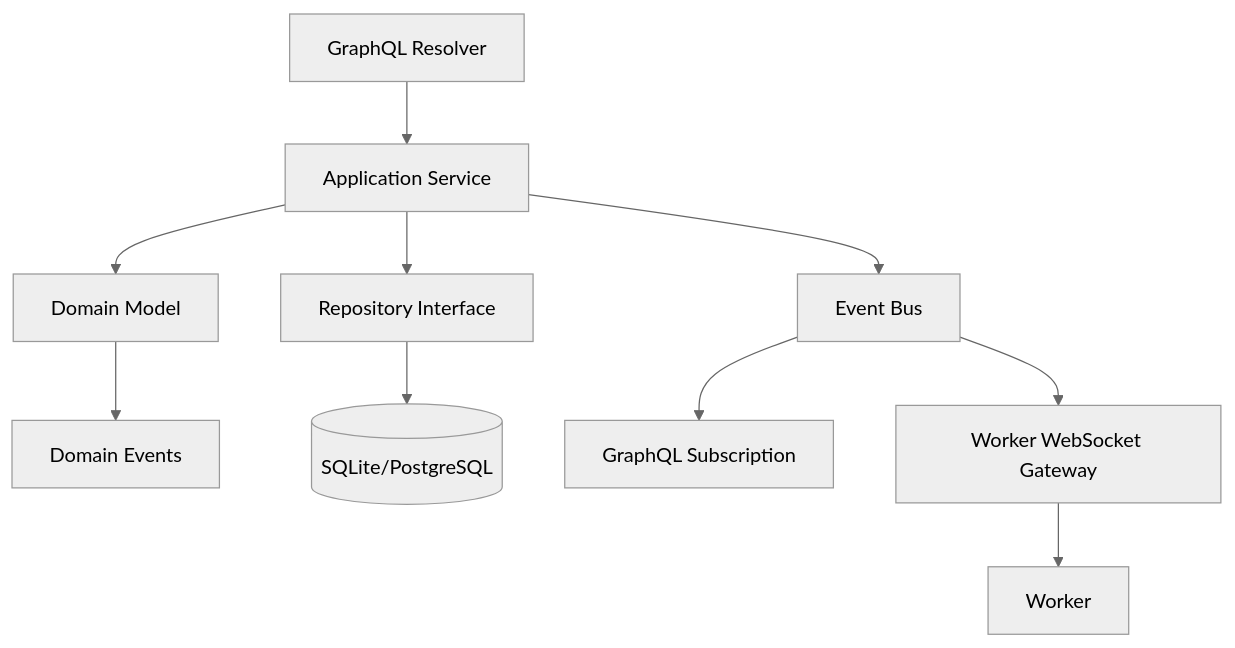
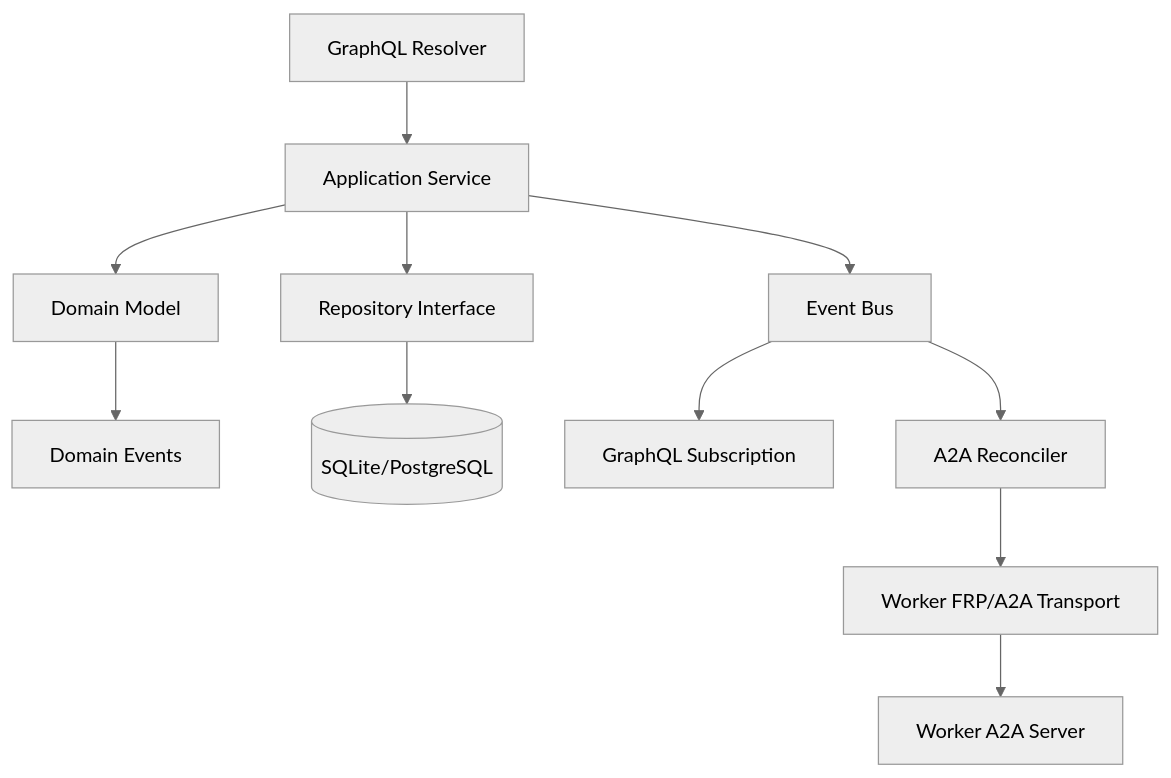
Before and after one commit to tangxusc/block-play-table: the fifth of 7 diagrams in docs/system-design.md, drawn with Mermaid (neutral theme). The commit also changed other lines of this file and 214 other files, not shown here.

````diff
--- a/docs/system-design.md
+++ b/docs/system-design.md
@@ -872,12 +872,13 @@
 ```mermaid
 flowchart TD
     GQL[GraphQL Resolver] --> APP[Application Service]
     APP --> DOMAIN[Domain Model]
     APP --> REPO[Repository Interface]
     DOMAIN --> EVENTS[Domain Events]
     APP --> EVENTBUS[Event Bus]
     REPO --> DB[(SQLite/PostgreSQL)]
     EVENTBUS --> SUB[GraphQL Subscription]
-    EVENTBUS --> WS[Worker WebSocket Gateway]
-    WS --> WORKER[Worker]
+    EVENTBUS --> RECONCILER[A2A Reconciler]
+    RECONCILER --> GATEWAY[Worker FRP/A2A Transport]
+    GATEWAY --> WORKER[Worker A2A Server]
 ```
````
